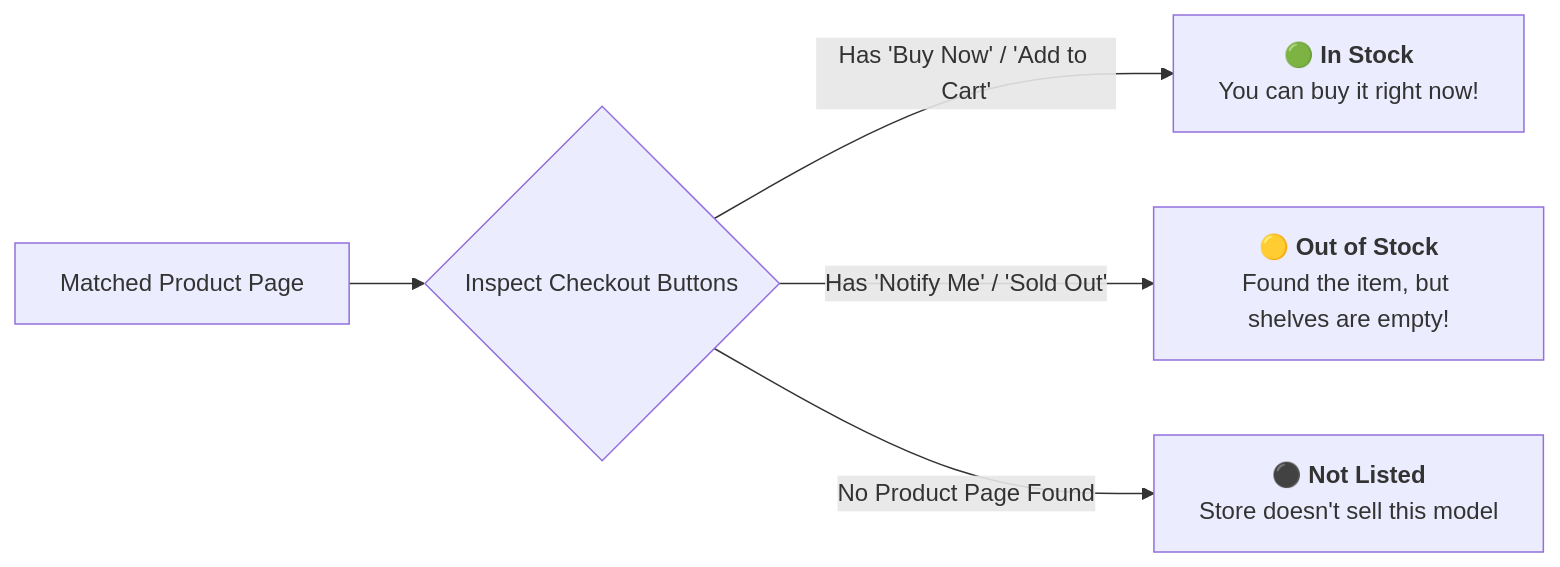
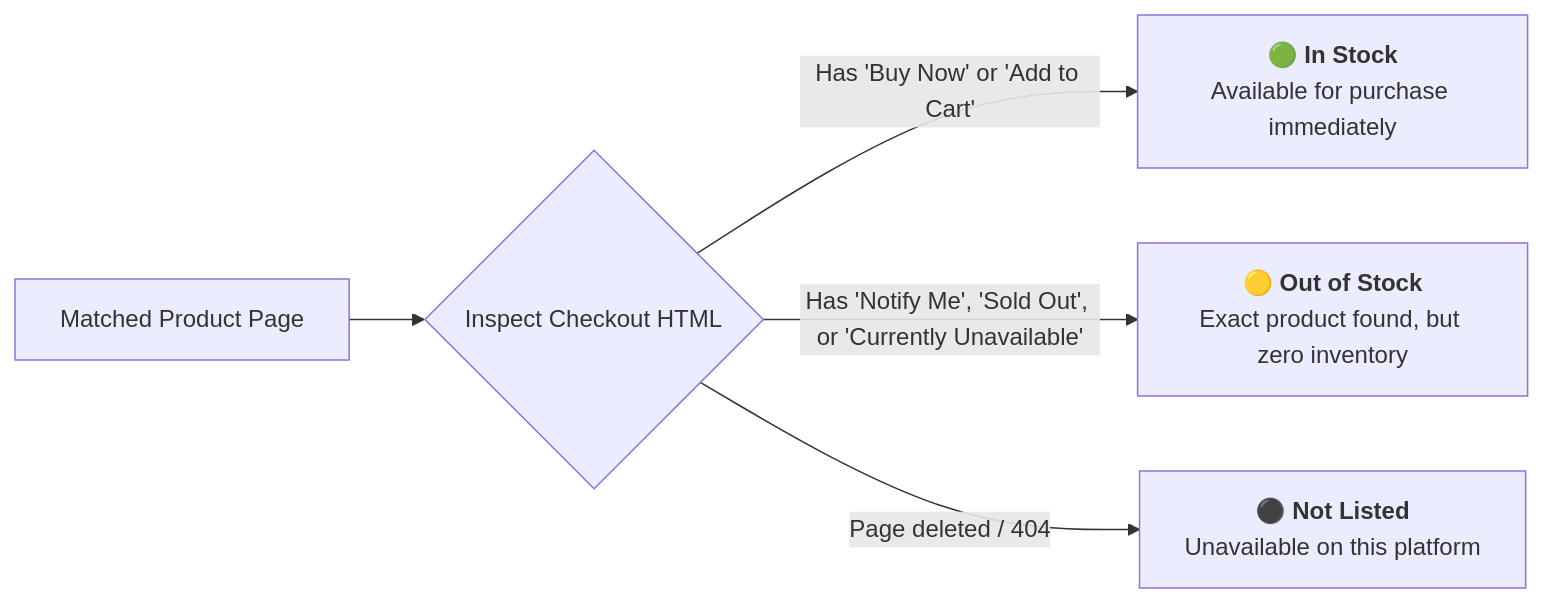
Before and after one commit to shlokdubey1k/scruge_assignment: the fifth of 5 diagrams in MATCHING_EXPLAINED.md, drawn with Mermaid. The commit also changed other lines of this file and 2 other files, not shown here.

````diff
--- a/MATCHING_EXPLAINED.md
+++ b/MATCHING_EXPLAINED.md
@@ -119,7 +143,7 @@
 ```mermaid
 flowchart LR
-    Matched["Matched Product Page"] --> CheckButtons{"Inspect Checkout Buttons"}
-    CheckButtons -->|"Has 'Buy Now' / 'Add to Cart'"| InStock["🟢 <b>In Stock</b><br>You can buy it right now!"]
-    CheckButtons -->|"Has 'Notify Me' / 'Sold Out'"| OutOfStock["🟡 <b>Out of Stock</b><br>Found the item, but shelves are empty!"]
-    CheckButtons -->|"No Product Page Found"| NotListed["⚫ <b>Not Listed</b><br>Store doesn't sell this model"]
+    Matched["Matched Product Page"] --> CheckButtons{"Inspect Checkout HTML"}
+    CheckButtons -->|"Has 'Buy Now' or 'Add to Cart'"| InStock["🟢 <b>In Stock</b><br>Available for purchase immediately"]
+    CheckButtons -->|"Has 'Notify Me', 'Sold Out', or 'Currently Unavailable'"| OutOfStock["🟡 <b>Out of Stock</b><br>Exact product found, but zero inventory"]
+    CheckButtons -->|"Page deleted / 404"| NotListed["⚫ <b>Not Listed</b><br>Unavailable on this platform"]
 ```
````
